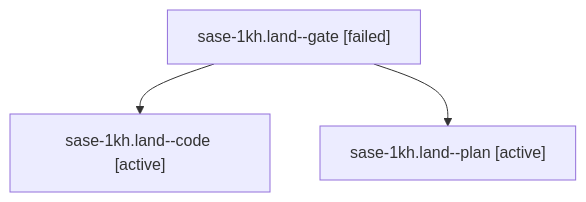
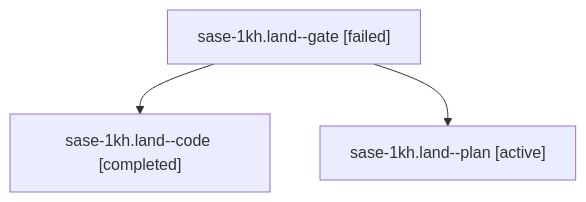
The diagram in sessions/bbugyi200.apollo.sase-1kh.land.md (sase-org/sase--agents), drawn with Mermaid before and after one commit. The commit also changed other lines of this file and 60 other files, not shown here.

````diff
--- a/sessions/bbugyi200.apollo.sase-1kh.land.md
+++ b/sessions/bbugyi200.apollo.sase-1kh.land.md
@@ -9,8 +9,8 @@
 ```mermaid
 flowchart TD
   n0["sase-1kh.land--gate [failed]"]
-  n1["sase-1kh.land--code [active]"]
+  n1["sase-1kh.land--code [completed]"]
   n0 --> n1
   n2["sase-1kh.land--plan [active]"]
   n0 --> n2
 ```
````
